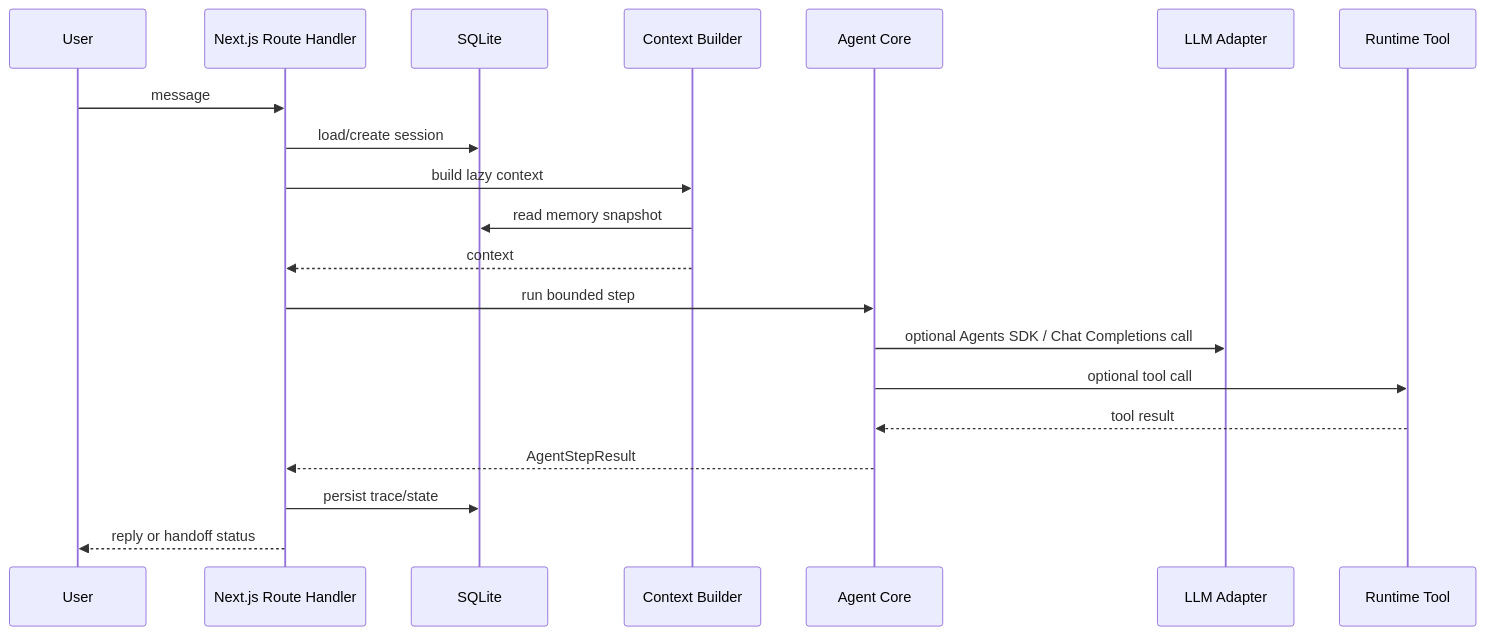
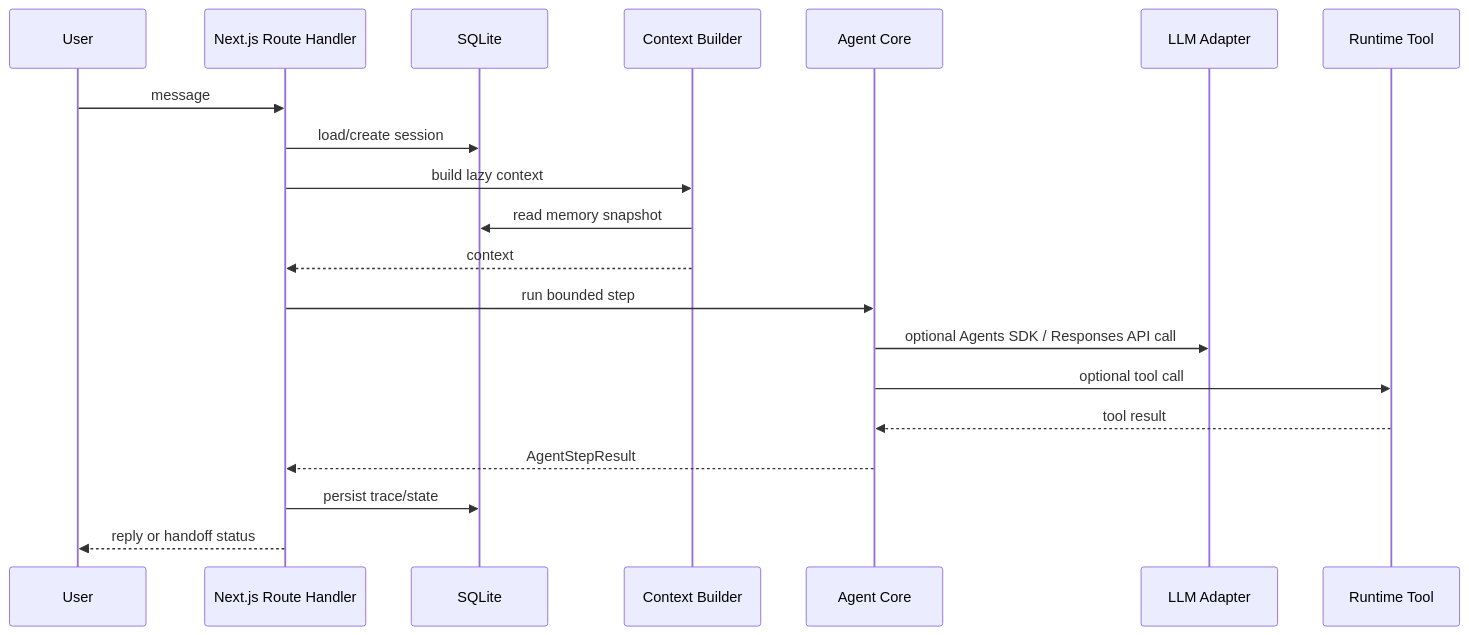
One commit to ImWenyaoT/chatty changed the fourth of 7 diagrams in docs/loop-engineering-plan.md. Above: the diagram before and after it, drawn with Mermaid. The commit also changed other lines of this file and 33 other files, not shown here.

Commit message:
chore(chatty): migrate to pnpm and responses api

````diff
--- a/docs/loop-engineering-plan.md
+++ b/docs/loop-engineering-plan.md
@@ -260,23 +260,23 @@
 ```mermaid
 sequenceDiagram
   participant U as User
   participant N as Next.js Route Handler
   participant S as SQLite
   participant C as Context Builder
   participant A as Agent Core
   participant L as LLM Adapter
   participant T as Runtime Tool
 
   U->>N: message
   N->>S: load/create session
   N->>C: build lazy context
   C->>S: read memory snapshot
   C-->>N: context
   N->>A: run bounded step
-  A->>L: optional Agents SDK / Chat Completions call
+  A->>L: optional Agents SDK / Responses API call
   A->>T: optional tool call
   T-->>A: tool result
   A-->>N: AgentStepResult
   N->>S: persist trace/state
   N-->>U: reply or handoff status
 ```
````
